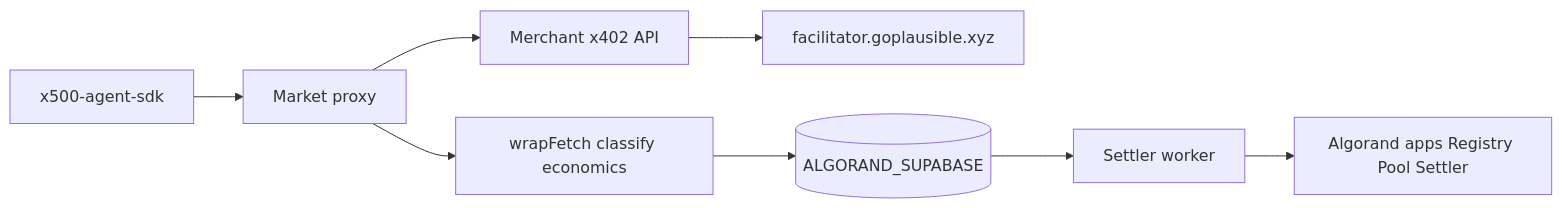
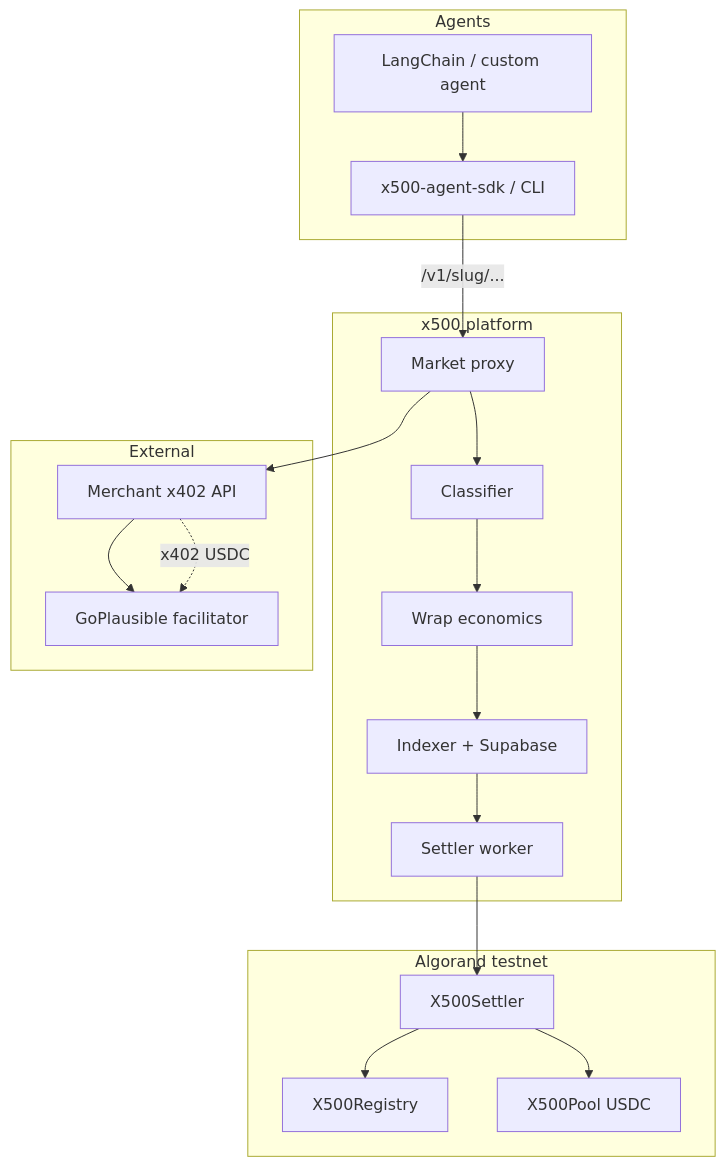
The second of 7 diagrams in README.md (Marshal-AM/x500-algorand), drawn with Mermaid before and after one commit. The commit also changed other lines of this file, not shown here.

````diff
--- a/README.md
+++ b/README.md
@@ -79,10 +158,32 @@
 ```mermaid
-flowchart LR
-  Agent[x500-agent-sdk] --> Proxy[Market proxy]
-  Proxy --> Merchant[Merchant x402 API]
-  Merchant --> Facil[facilitator.goplausible.xyz]
-  Proxy --> Wrap[wrapFetch classify economics]
-  Wrap --> DB[(ALGORAND_SUPABASE)]
-  DB --> Settler[Settler worker]
-  Settler --> Chain[Algorand apps Registry Pool Settler]
+flowchart TB
+  subgraph agents [Agents]
+    SDK[x500-agent-sdk / CLI]
+    LC[LangChain / custom agent]
+  end
+  subgraph x500stack [x500 platform]
+    Proxy[Market proxy]
+    Classifier[Classifier]
+    Wrap[Wrap economics]
+    Indexer[Indexer + Supabase]
+    Settler[Settler worker]
+  end
+  subgraph external [External]
+    Merchant[Merchant x402 API]
+    Facil[GoPlausible facilitator]
+  end
+  subgraph chain [Algorand testnet]
+    Reg[X500Registry]
+    Pool[X500Pool USDC]
+    Setl[X500Settler]
+  end
+  LC --> SDK
+  SDK -->|"/v1/slug/..."| Proxy
+  Proxy --> Merchant
+  Merchant --> Facil
+  Proxy --> Classifier --> Wrap --> Indexer
+  Indexer --> Settler --> Setl
+  Setl --> Pool
+  Setl --> Reg
+  Merchant -.->|x402 USDC| Facil
 ```
````
